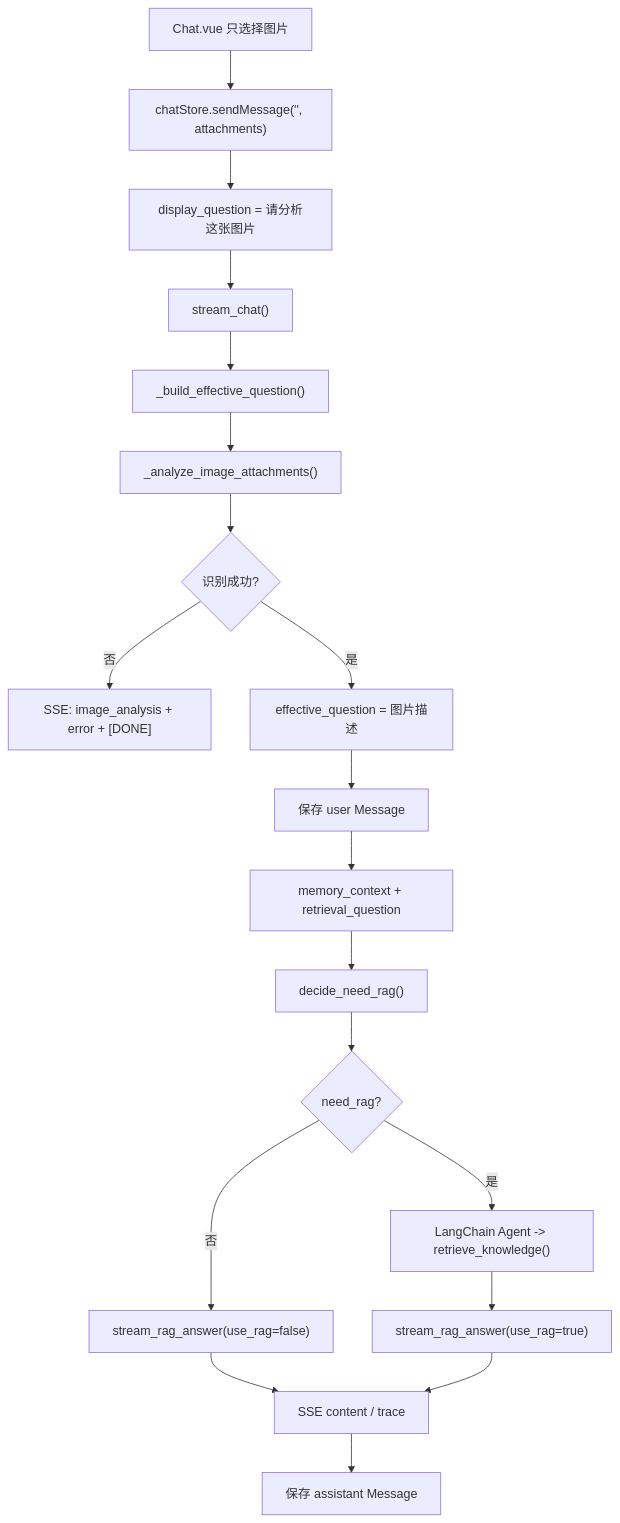
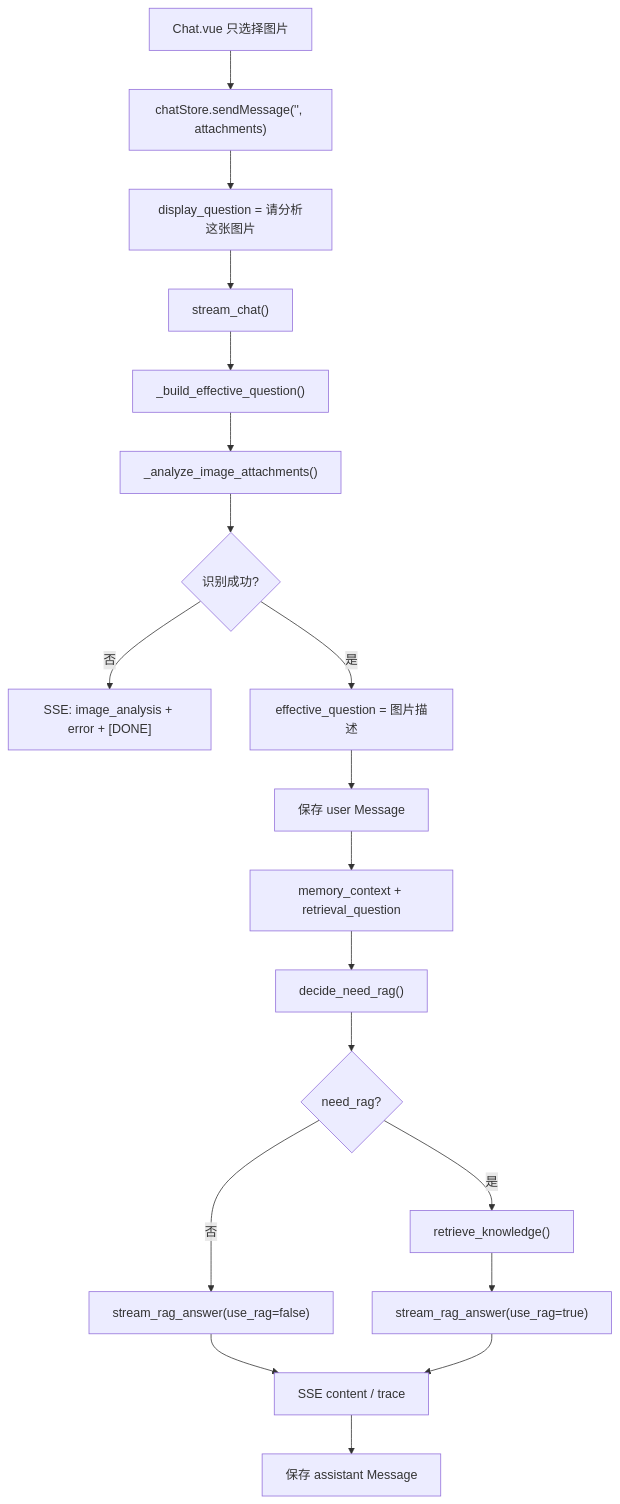
One commit to baiye-banned/Agent_about_answer changed the third of 5 diagrams in docs/PROJECT_FLOW_DIAGRAM.md. Above: the diagram before and after it, drawn with Mermaid. The commit also changed other lines of this file and 22 other files, not shown here.

````diff
--- a/docs/PROJECT_FLOW_DIAGRAM.md
+++ b/docs/PROJECT_FLOW_DIAGRAM.md
@@ -85,21 +84,21 @@
 ```mermaid
 flowchart TD
   A["Chat.vue 只选择图片"] --> B["chatStore.sendMessage('', attachments)"]
   B --> C["display_question = 请分析这张图片"]
   C --> D["stream_chat()"]
   D --> E["_build_effective_question()"]
   E --> F["_analyze_image_attachments()"]
   F --> G{"识别成功?"}
   G -- "否" --> H["SSE: image_analysis + error + [DONE]"]
   G -- "是" --> I["effective_question = 图片描述"]
   I --> J["保存 user Message"]
   J --> K["memory_context + retrieval_question"]
   K --> L["decide_need_rag()"]
   L --> M{"need_rag?"}
-  M -- "是" --> N["LangChain Agent -> retrieve_knowledge()"]
+  M -- "是" --> N["retrieve_knowledge()"]
   M -- "否" --> O["stream_rag_answer(use_rag=false)"]
   N --> P["stream_rag_answer(use_rag=true)"]
   O --> Q["SSE content / trace"]
   P --> Q
   Q --> R["保存 assistant Message"]
 ```
````
